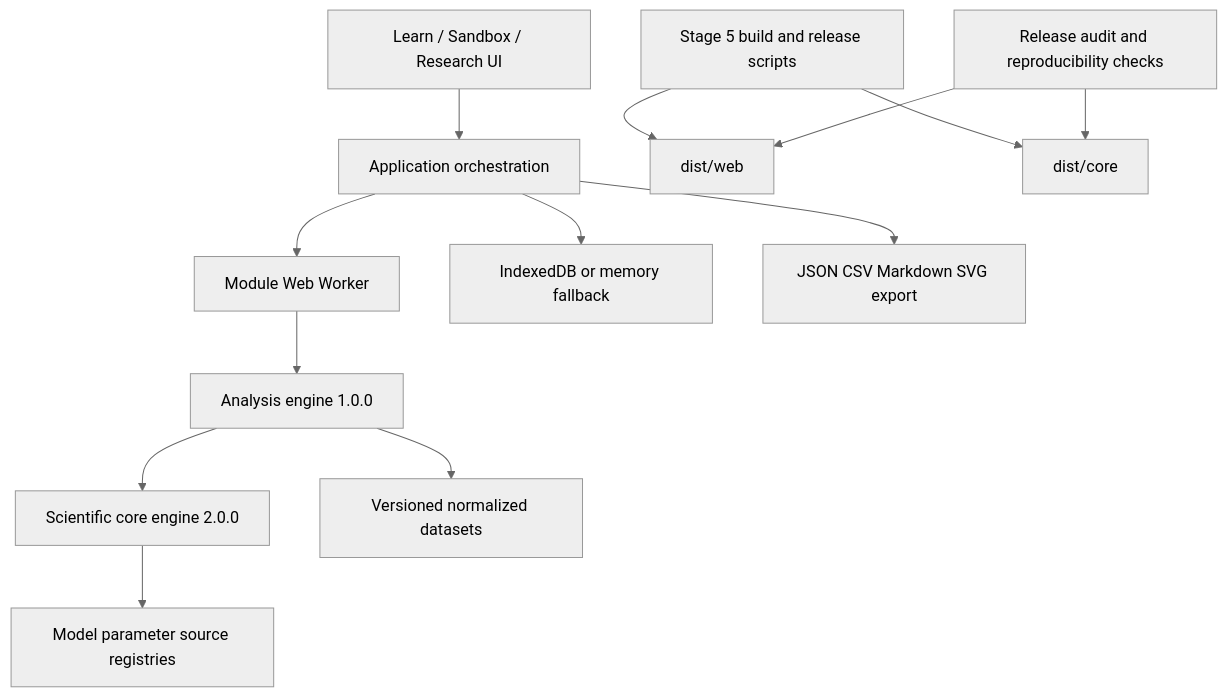
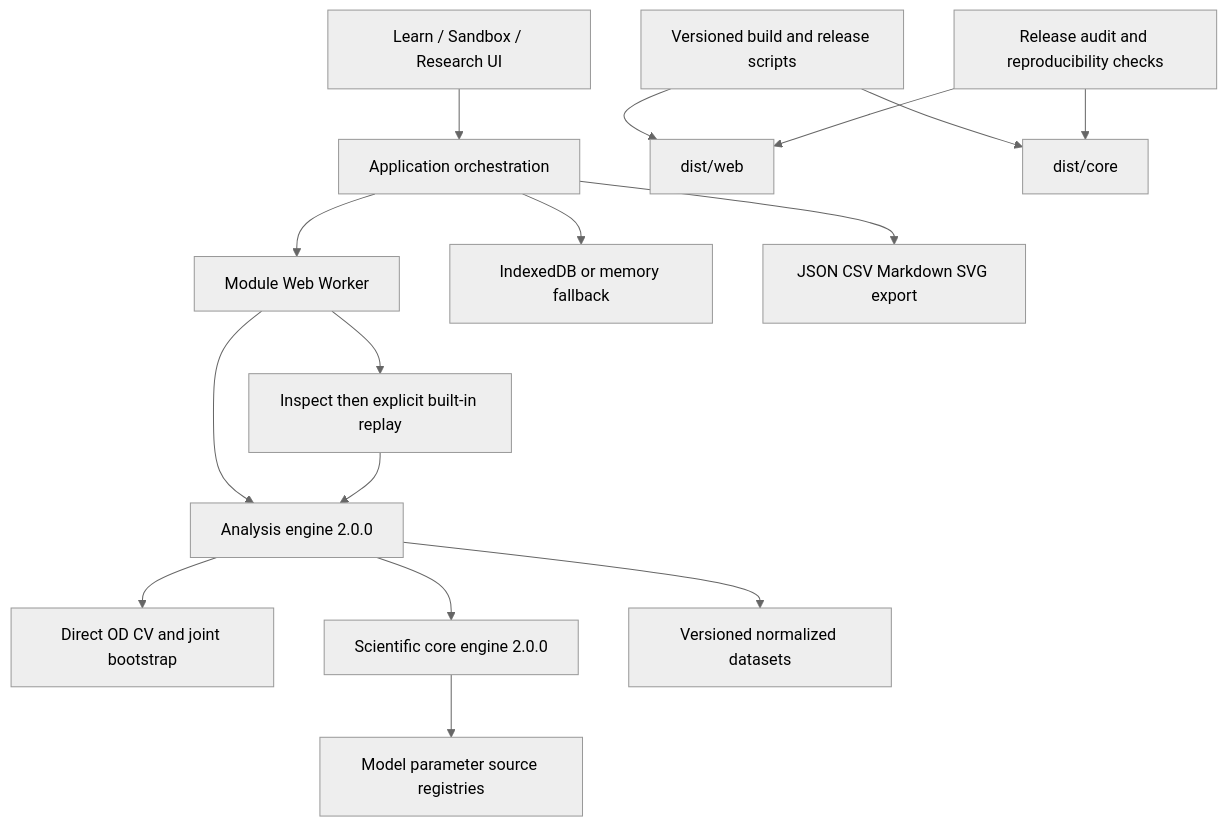
Before and after one commit to Keng0nion/ecolab-antibiotic-modeling: the diagram in docs/architecture.md, drawn with Mermaid (neutral theme). The commit also changed other lines of this file and 73 other files, not shown here.

First line of the commit message:
Release Ecolab 6.0.0 research analysis and reproducible replay

````diff
--- a/docs/architecture.md
+++ b/docs/architecture.md
@@ -12,15 +12,18 @@
 ```mermaid
 flowchart TD
     UI[Learn / Sandbox / Research UI] --> APP[Application orchestration]
     APP --> WORKER[Module Web Worker]
     APP --> STORAGE[IndexedDB or memory fallback]
     APP --> EXPORT[JSON CSV Markdown SVG export]
-    WORKER --> ANALYSIS[Analysis engine 1.0.0]
+    WORKER --> ANALYSIS[Analysis engine 2.0.0]
+    ANALYSIS --> GROWTH[Direct OD CV and joint bootstrap]
+    WORKER --> REPLAY[Inspect then explicit built-in replay]
+    REPLAY --> ANALYSIS
     ANALYSIS --> CORE[Scientific core engine 2.0.0]
     CORE --> REGISTRY[Model parameter source registries]
     ANALYSIS --> DATA[Versioned normalized datasets]
-    BUILD[Stage 5 build and release scripts] --> WEB[dist/web]
+    BUILD[Versioned build and release scripts] --> WEB[dist/web]
     BUILD --> PACKAGE[dist/core]
     AUDIT[Release audit and reproducibility checks] --> WEB
     AUDIT --> PACKAGE
 ```
````
